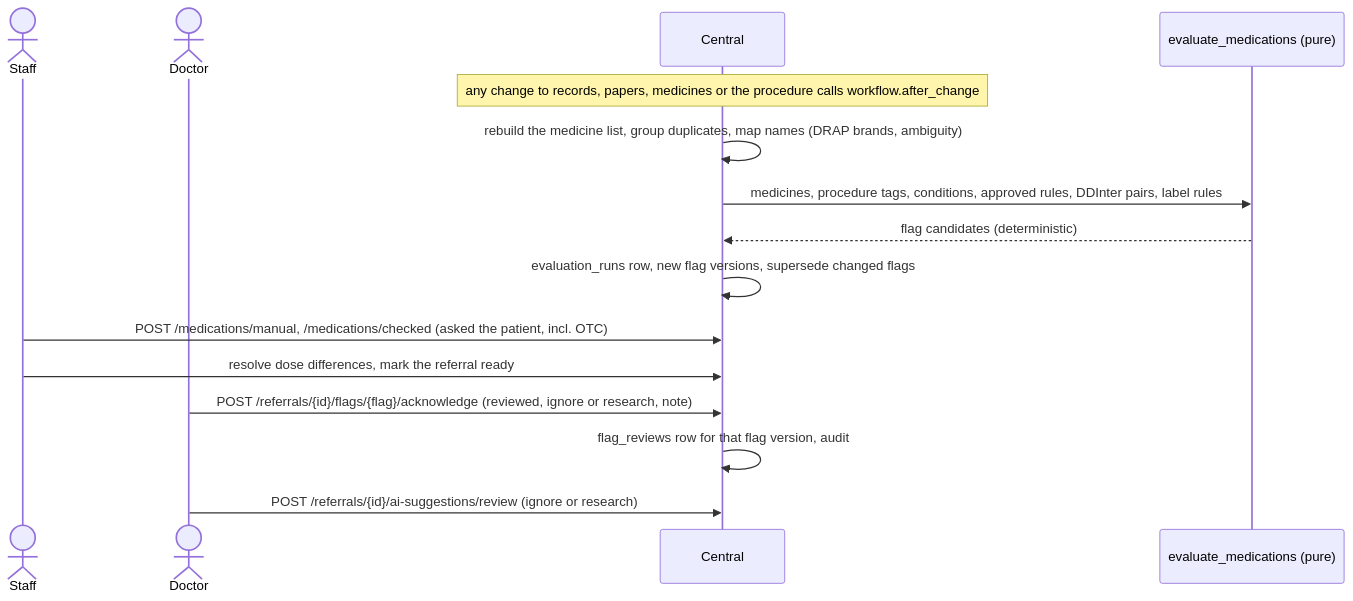
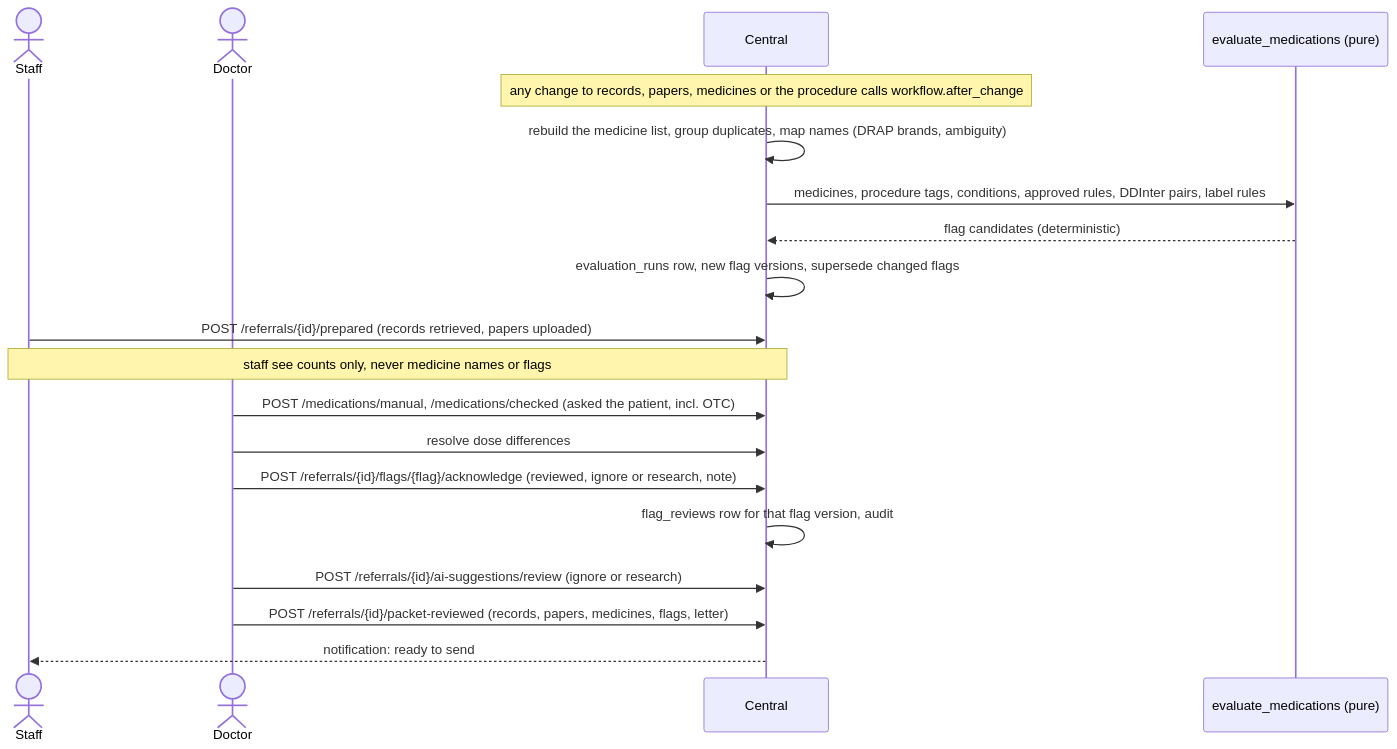
The sixth of 11 diagrams in docs/sds/sections/07-workflows.md (B-satool/FYP-Federated-Referral-System), drawn with Mermaid before and after one commit. The commit also changed other lines of this file and 73 other files, not shown here.

First line of the commit message:
Doctor-only clinical content, packet review, consultation notes, label quotes

````diff
--- a/docs/sds/sections/07-workflows.md
+++ b/docs/sds/sections/07-workflows.md
@@ -133,17 +135,21 @@
 ```mermaid
 sequenceDiagram
     actor S as Staff
     actor D as Doctor
     participant C as Central
     participant E as evaluate_medications (pure)
     Note over C: any change to records, papers, medicines or the procedure calls workflow.after_change
     C->>C: rebuild the medicine list, group duplicates, map names (DRAP brands, ambiguity)
     C->>E: medicines, procedure tags, conditions, approved rules, DDInter pairs, label rules
     E-->>C: flag candidates (deterministic)
     C->>C: evaluation_runs row, new flag versions, supersede changed flags
-    S->>C: POST /medications/manual, /medications/checked (asked the patient, incl. OTC)
-    S->>C: resolve dose differences, mark the referral ready
+    S->>C: POST /referrals/{id}/prepared (records retrieved, papers uploaded)
+    Note over S,C: staff see counts only, never medicine names or flags
+    D->>C: POST /medications/manual, /medications/checked (asked the patient, incl. OTC)
+    D->>C: resolve dose differences
     D->>C: POST /referrals/{id}/flags/{flag}/acknowledge (reviewed, ignore or research, note)
     C->>C: flag_reviews row for that flag version, audit
     D->>C: POST /referrals/{id}/ai-suggestions/review (ignore or research)
+    D->>C: POST /referrals/{id}/packet-reviewed (records, papers, medicines, flags, letter)
+    C-->>S: notification: ready to send
 ```
````
